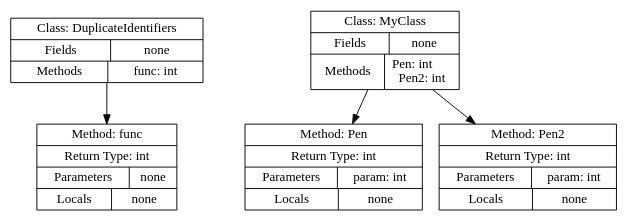
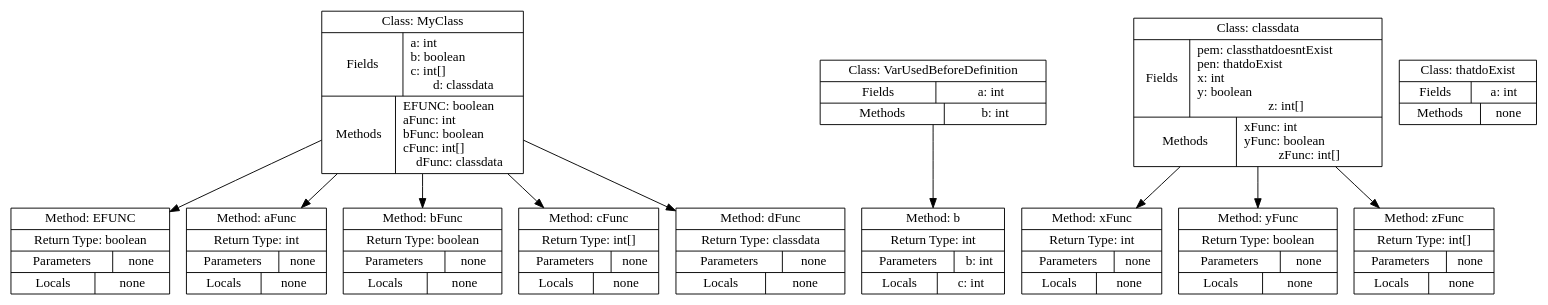
The diagram in symboltable.dot (Turtlesound/getting_started), drawn with Graphviz before and after one commit. The commit also changed 6 other files, not shown here.

```diff
--- a/symboltable.dot
+++ b/symboltable.dot
@@ -1,11 +1,25 @@
 digraph SymbolTable {
   node [shape=record];
-  DuplicateIdentifiers [label="{Class: DuplicateIdentifiers|{Fields|none}|{Methods|func: int}}"];
-  DuplicateIdentifiers_func [label="{Method: func|Return Type: int|{Parameters|none}|{Locals|none}}"];
-  DuplicateIdentifiers -> DuplicateIdentifiers_func;
-  MyClass [label="{Class: MyClass|{Fields|none}|{Methods|Pen: int\lPen2: int}}"];
-  MyClass_Pen [label="{Method: Pen|Return Type: int|{Parameters|param: int}|{Locals|none}}"];
-  MyClass -> MyClass_Pen;
-  MyClass_Pen2 [label="{Method: Pen2|Return Type: int|{Parameters|param: int}|{Locals|none}}"];
-  MyClass -> MyClass_Pen2;
+  MyClass [label="{Class: MyClass|{Fields|a: int\lb: boolean\lc: int[]\ld: classdata}|{Methods|EFUNC: boolean\laFunc: int\lbFunc: boolean\lcFunc: int[]\ldFunc: classdata}}"];
+  MyClass_EFUNC [label="{Method: EFUNC|Return Type: boolean|{Parameters|none}|{Locals|none}}"];
+  MyClass -> MyClass_EFUNC;
+  MyClass_aFunc [label="{Method: aFunc|Return Type: int|{Parameters|none}|{Locals|none}}"];
+  MyClass -> MyClass_aFunc;
+  MyClass_bFunc [label="{Method: bFunc|Return Type: boolean|{Parameters|none}|{Locals|none}}"];
+  MyClass -> MyClass_bFunc;
+  MyClass_cFunc [label="{Method: cFunc|Return Type: int[]|{Parameters|none}|{Locals|none}}"];
+  MyClass -> MyClass_cFunc;
+  MyClass_dFunc [label="{Method: dFunc|Return Type: classdata|{Parameters|none}|{Locals|none}}"];
+  MyClass -> MyClass_dFunc;
+  VarUsedBeforeDefinition [label="{Class: VarUsedBeforeDefinition|{Fields|a: int}|{Methods|b: int}}"];
+  VarUsedBeforeDefinition_b [label="{Method: b|Return Type: int|{Parameters|b: int}|{Locals|c: int}}"];
+  VarUsedBeforeDefinition -> VarUsedBeforeDefinition_b;
+  classdata [label="{Class: classdata|{Fields|pem: classthatdoesntExist\lpen: thatdoExist\lx: int\ly: boolean\lz: int[]}|{Methods|xFunc: int\lyFunc: boolean\lzFunc: int[]}}"];
+  classdata_xFunc [label="{Method: xFunc|Return Type: int|{Parameters|none}|{Locals|none}}"];
+  classdata -> classdata_xFunc;
+  classdata_yFunc [label="{Method: yFunc|Return Type: boolean|{Parameters|none}|{Locals|none}}"];
+  classdata -> classdata_yFunc;
+  classdata_zFunc [label="{Method: zFunc|Return Type: int[]|{Parameters|none}|{Locals|none}}"];
+  classdata -> classdata_zFunc;
+  thatdoExist [label="{Class: thatdoExist|{Fields|a: int}|{Methods|none}}"];
 }
```
